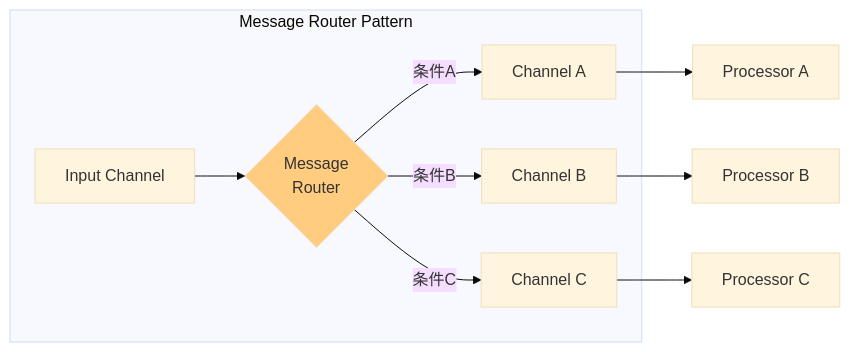
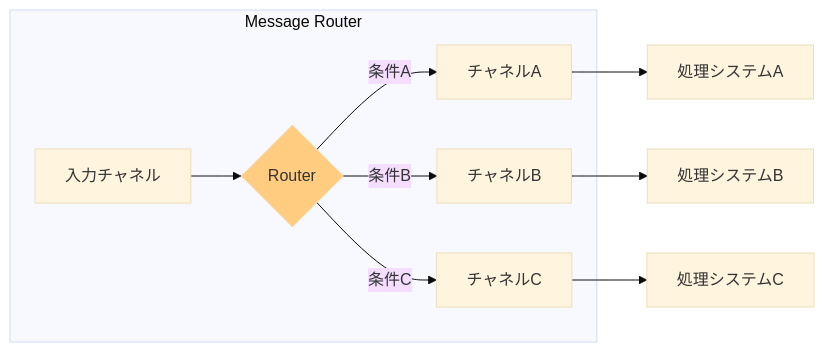
One commit to tomoikey/quartz changed the fifth of 5 diagrams in content/programming/reactive_messaging_pattern/simple-routers/message_router.md. Above: the diagram before and after it, drawn with Mermaid (base theme). The commit also changed other lines of this file and 18 other files, not shown here.

````diff
--- a/content/programming/reactive_messaging_pattern/simple-routers/message_router.md
+++ b/content/programming/reactive_messaging_pattern/simple-routers/message_router.md
@@ -33,15 +104,15 @@
 ```mermaid
 graph LR
-    subgraph "Message Router Pattern"
-        IN[Input Channel] --> MR{Message<br/>Router}
-        MR -->|条件A| CH_A[Channel A]
-        MR -->|条件B| CH_B[Channel B]
-        MR -->|条件C| CH_C[Channel C]
+    subgraph "Message Router"
+        IN[入力チャネル] --> MR{Router}
+        MR -->|条件A| CH_A[チャネルA]
+        MR -->|条件B| CH_B[チャネルB]
+        MR -->|条件C| CH_C[チャネルC]
     end
 
-    CH_A --> PA[Processor A]
-    CH_B --> PB[Processor B]
-    CH_C --> PC[Processor C]
+    CH_A --> PA[処理システムA]
+    CH_B --> PB[処理システムB]
+    CH_C --> PC[処理システムC]
 
     style MR fill:#ffcc80
 ```
````
